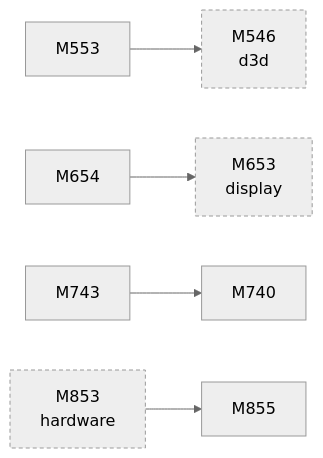
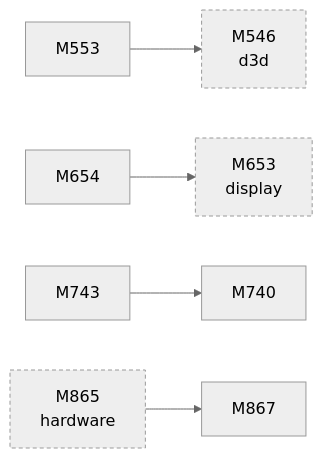
Before and after one commit to D-Ogi/amdgpu-wddm: the second of 2 diagrams in docs/facts/graphs/tooling.md, drawn with Mermaid (neutral theme). The commit also changed 10 other files, not shown here.

````diff
--- a/docs/facts/graphs/tooling.md
+++ b/docs/facts/graphs/tooling.md
@@ -23,17 +23,17 @@
 ```mermaid
 flowchart LR
   M546["M546<br/>d3d"]
   M553["M553"]
   M653["M653<br/>display"]
   M654["M654"]
   M740["M740"]
   M743["M743"]
-  M853["M853<br/>hardware"]
-  M855["M855"]
-  M853 --> M855
+  M865["M865<br/>hardware"]
+  M867["M867"]
+  M865 --> M867
   M553 --> M546
   M654 --> M653
   M743 --> M740
   classDef other stroke-dasharray:4 3
-  class M546,M653,M853 other
+  class M546,M653,M865 other
 ```
````
